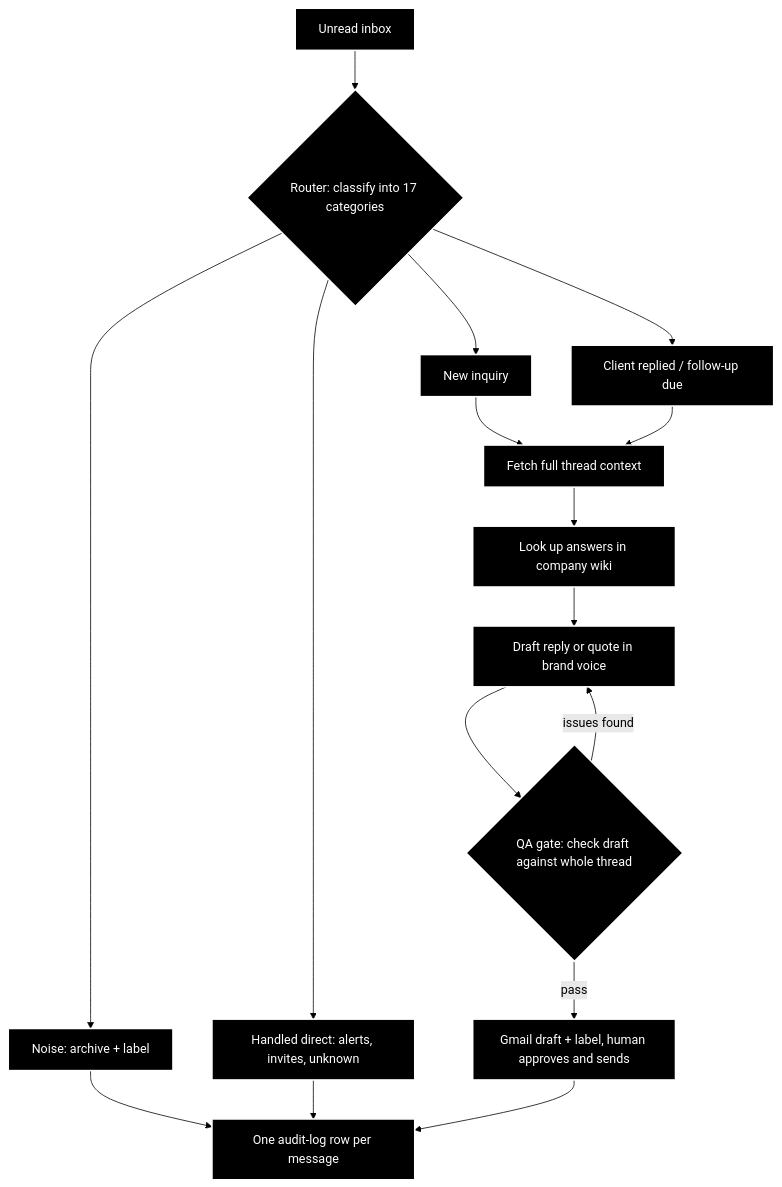
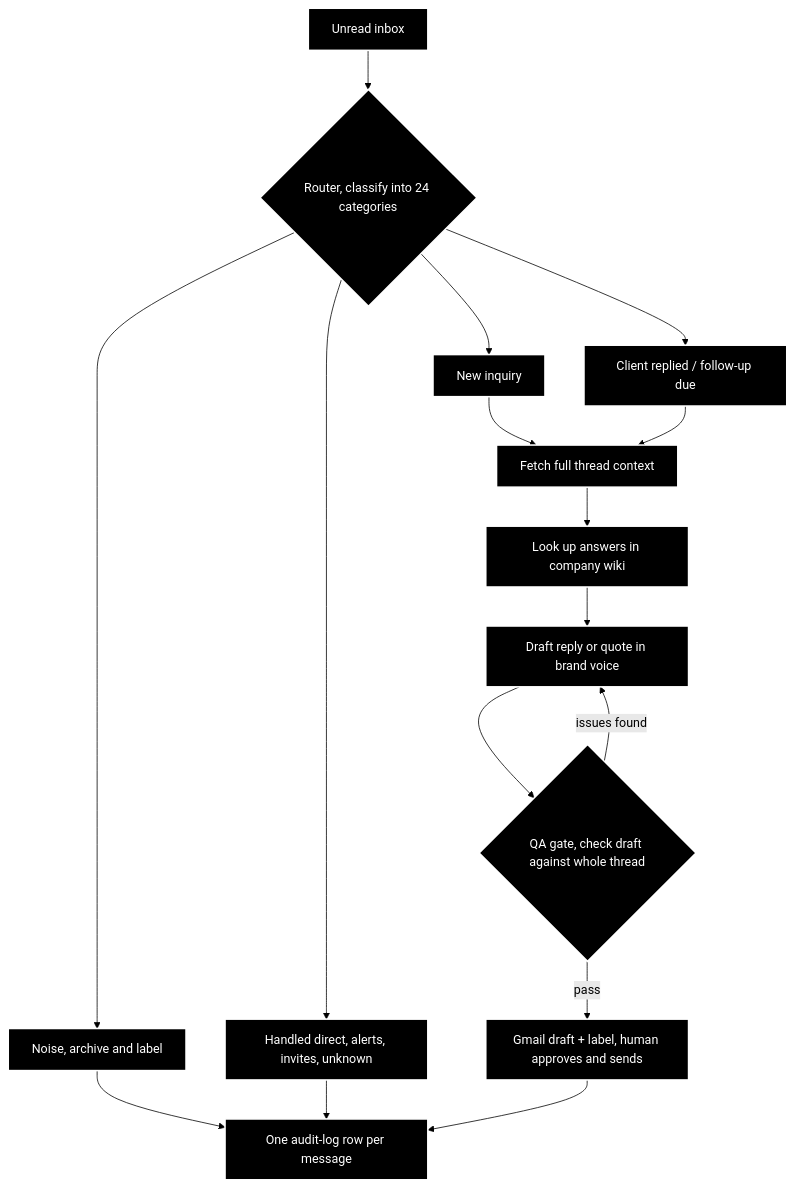
One commit to jamisonhines/email-workflow-case-study changed the first of 2 diagrams in README.md. Above: the diagram before and after it, drawn with Mermaid (forest theme). The commit also changed other lines of this file, not shown here.

````diff
--- a/README.md
+++ b/README.md
@@ -11,19 +13,19 @@
 ```mermaid
 flowchart TD
   classDef default fill:#000,color:#fff,stroke:#fff,stroke-width:2px
-  A[Unread inbox] --> B{Router: classify into 17 categories}
+  A[Unread inbox] --> B{Router, classify into 24 categories}
   B --> C[New inquiry]
   B --> D[Client replied / follow-up due]
-  B --> E[Noise: archive + label]
-  B --> F[Handled direct: alerts, invites, unknown]
+  B --> E[Noise, archive and label]
+  B --> F[Handled direct, alerts, invites, unknown]
   C --> G[Fetch full thread context]
   D --> G
   G --> H[Look up answers in company wiki]
   H --> I[Draft reply or quote in brand voice]
-  I --> J{QA gate: check draft against whole thread}
+  I --> J{QA gate, check draft against whole thread}
   J -->|issues found| I
   J -->|pass| K[Gmail draft + label, human approves and sends]
   E --> L[One audit-log row per message]
   F --> L
   K --> L
 ```
````
